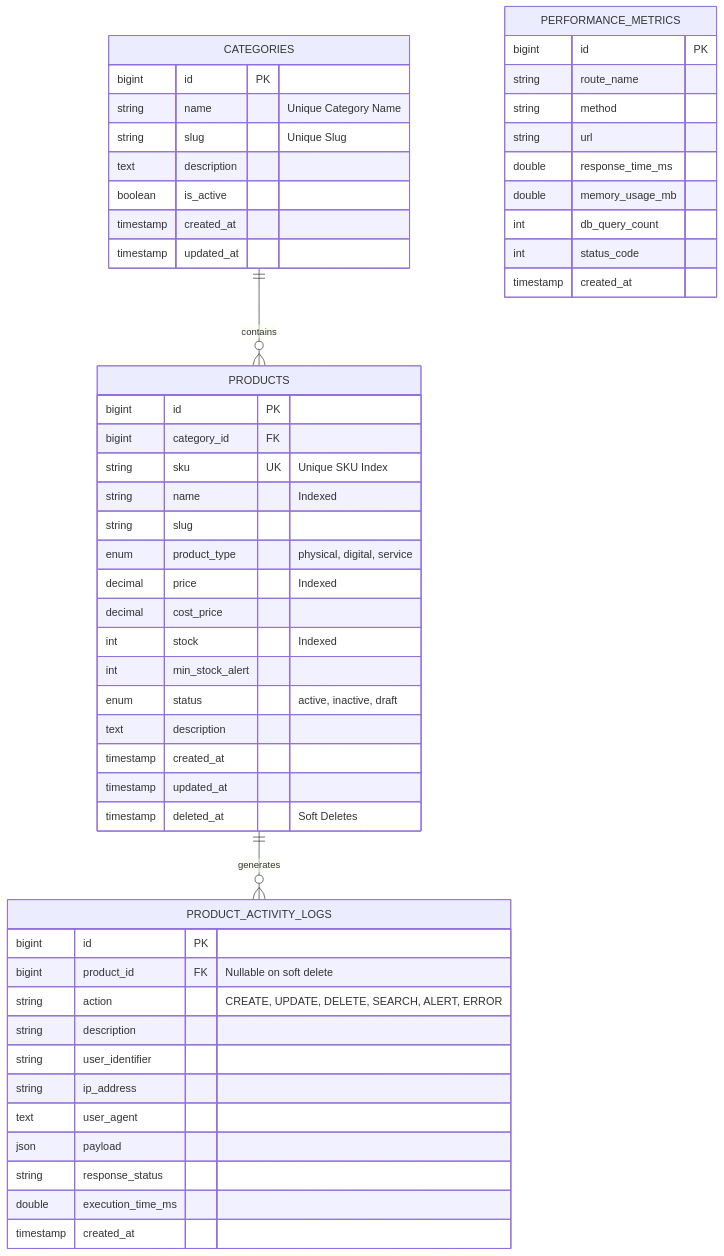
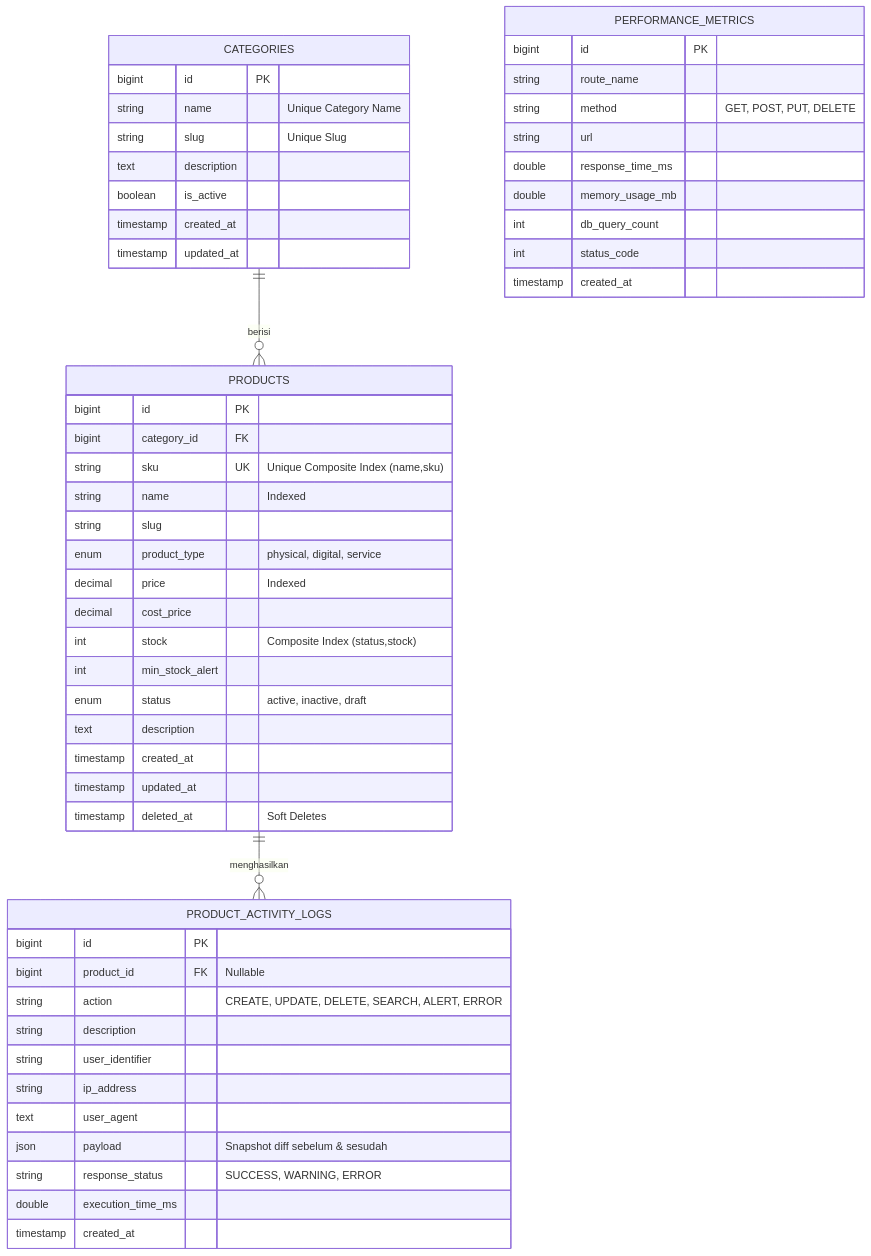
One commit to rafiakbar01/-Product-Management-Service changed the diagram in docs/01_DOKUMENTASI_TEKNIS.md. Above: the diagram before and after it, drawn with Mermaid. The commit also changed other lines of this file and 32 other files, not shown here.

````diff
--- a/docs/01_DOKUMENTASI_TEKNIS.md
+++ b/docs/01_DOKUMENTASI_TEKNIS.md
@@ -74,59 +111,59 @@
 ```mermaid
 erDiagram
-    CATEGORIES ||--o{ PRODUCTS : "contains"
-    PRODUCTS ||--o{ PRODUCT_ACTIVITY_LOGS : "generates"
+    CATEGORIES ||--o{ PRODUCTS : "berisi"
+    PRODUCTS ||--o{ PRODUCT_ACTIVITY_LOGS : "menghasilkan"
 
     CATEGORIES {
         bigint id PK
         string name "Unique Category Name"
         string slug "Unique Slug"
         text description
         boolean is_active
         timestamp created_at
         timestamp updated_at
     }
 
     PRODUCTS {
         bigint id PK
         bigint category_id FK
-        string sku UK "Unique SKU Index"
+        string sku UK "Unique Composite Index (name,sku)"
         string name "Indexed"
         string slug
         enum product_type "physical, digital, service"
         decimal price "Indexed"
         decimal cost_price
-        int stock "Indexed"
+        int stock "Composite Index (status,stock)"
         int min_stock_alert
         enum status "active, inactive, draft"
         text description
         timestamp created_at
         timestamp updated_at
         timestamp deleted_at "Soft Deletes"
     }
 
     PRODUCT_ACTIVITY_LOGS {
         bigint id PK
-        bigint product_id FK "Nullable on soft delete"
+        bigint product_id FK "Nullable"
         string action "CREATE, UPDATE, DELETE, SEARCH, ALERT, ERROR"
         string description
         string user_identifier
         string ip_address
         text user_agent
-        json payload
-        string response_status
+        json payload "Snapshot diff sebelum & sesudah"
+        string response_status "SUCCESS, WARNING, ERROR"
         double execution_time_ms
         timestamp created_at
     }
 
     PERFORMANCE_METRICS {
         bigint id PK
         string route_name
-        string method
+        string method "GET, POST, PUT, DELETE"
         string url
         double response_time_ms
         double memory_usage_mb
         int db_query_count
         int status_code
         timestamp created_at
     }
 ```
````
